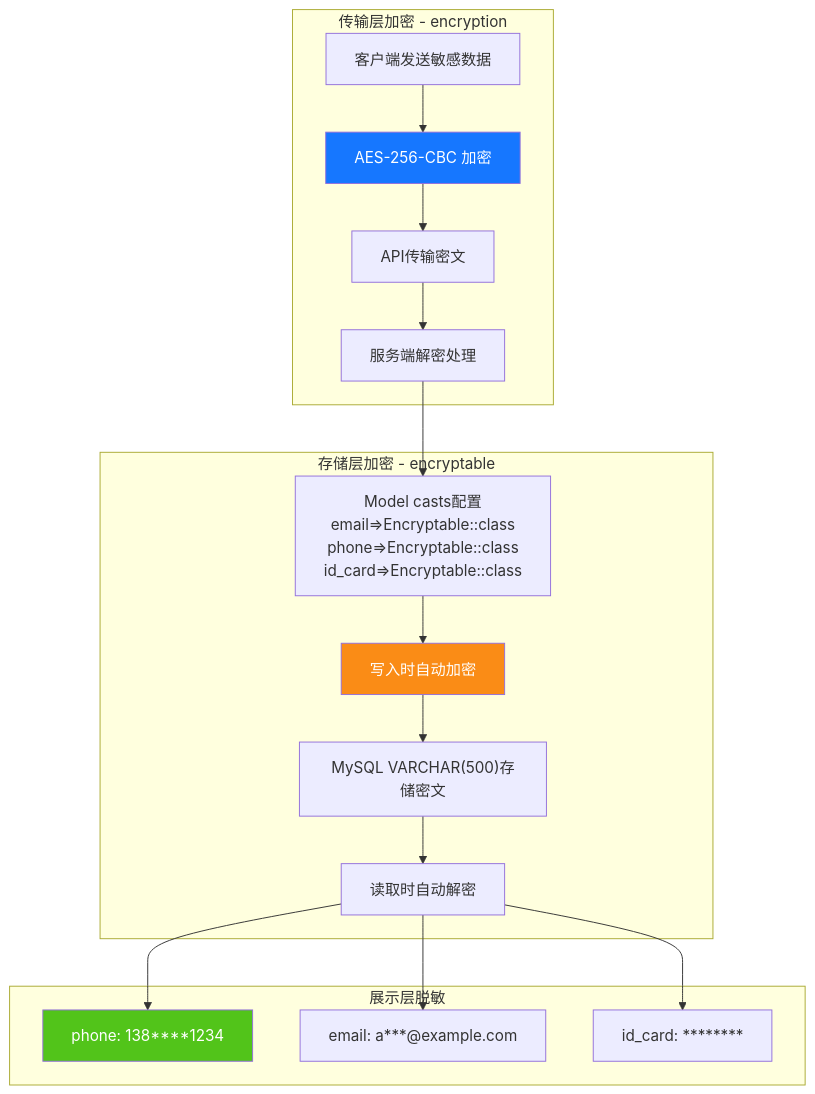
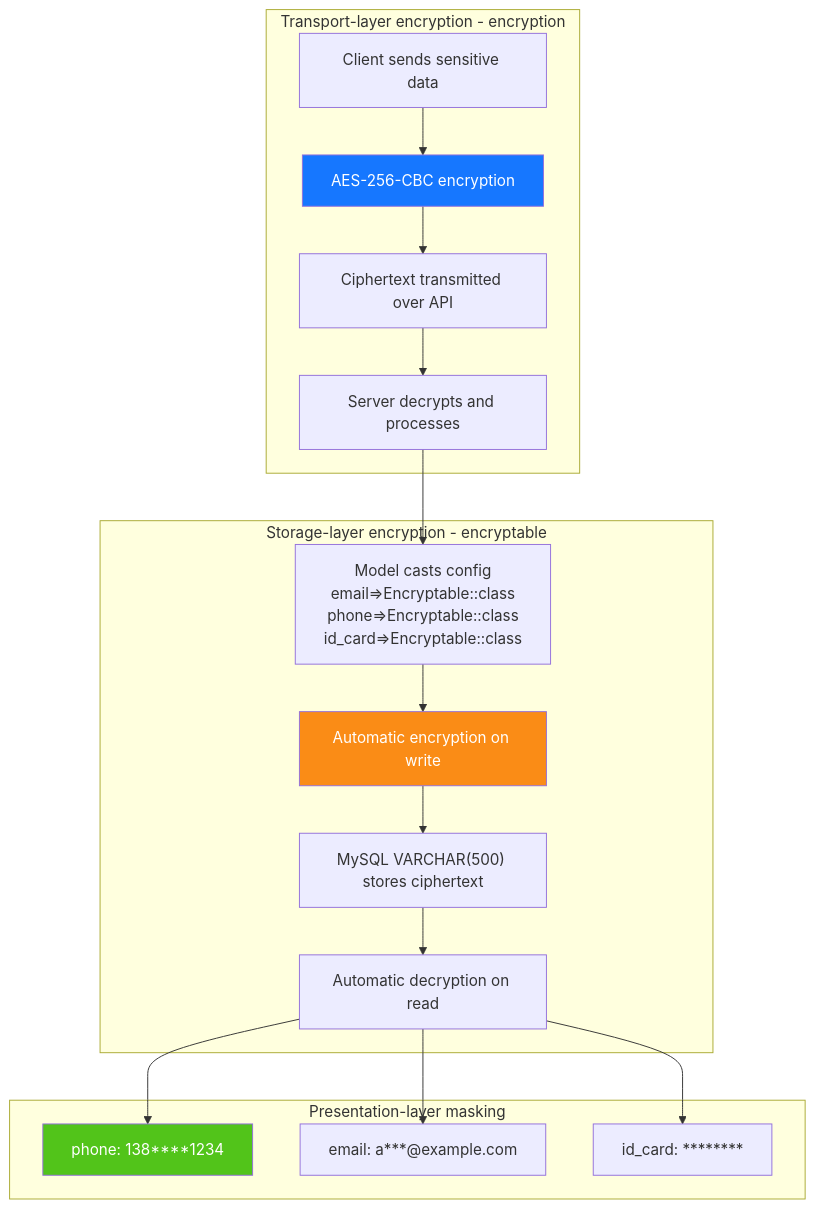
The diagram in admin/docs/diagrams/07-encryption-layers.en.md (erikwang2013/game-platform-php), drawn with Mermaid before and after one commit. The commit also changed 211 other files, not shown here.

First line of the commit message:
fix: 支付配置读回类型根治、提现事件对账巡检，12 语族 mermaid 与 API 标签本地化

````diff
--- a/admin/docs/diagrams/07-encryption-layers.en.md
+++ b/admin/docs/diagrams/07-encryption-layers.en.md
@@ -7,31 +7,31 @@
 ```mermaid
 flowchart TB
-    subgraph transport["传输层加密 - encryption"]
-        e1["客户端发送敏感数据"]
-        e2["AES-256-CBC 加密"]
-        e3["API传输密文"]
-        e4["服务端解密处理"]
+    subgraph transport["Transport-layer encryption - encryption"]
+        e1["Client sends sensitive data"]
+        e2["AES-256-CBC encryption"]
+        e3["Ciphertext transmitted over API"]
+        e4["Server decrypts and processes"]
         e1 --> e2 --> e3 --> e4
     end
 
-    subgraph storage["存储层加密 - encryptable"]
-        d1["Model casts配置<br/>email=>Encryptable::class<br/>phone=>Encryptable::class<br/>id_card=>Encryptable::class"]
-        d2["写入时自动加密"]
-        d3["MySQL VARCHAR(500)存储密文"]
-        d4["读取时自动解密"]
+    subgraph storage["Storage-layer encryption - encryptable"]
+        d1["Model casts config<br/>email=>Encryptable::class<br/>phone=>Encryptable::class<br/>id_card=>Encryptable::class"]
+        d2["Automatic encryption on write"]
+        d3["MySQL VARCHAR(500) stores ciphertext"]
+        d4["Automatic decryption on read"]
         d1 --> d2 --> d3 --> d4
     end
 
-    subgraph mask["展示层脱敏"]
+    subgraph mask["Presentation-layer masking"]
         m1["phone: 138****1234"]
         m2["email: a***@example.com"]
         m3["id_card: ********"]
         d4 --> m1 & m2 & m3
     end
 
     e4 --> d1
 
     style e2 fill:#1677FF,color:#fff
     style d2 fill:#FA8C16,color:#fff
     style m1 fill:#52C41A,color:#fff
 ```
````
